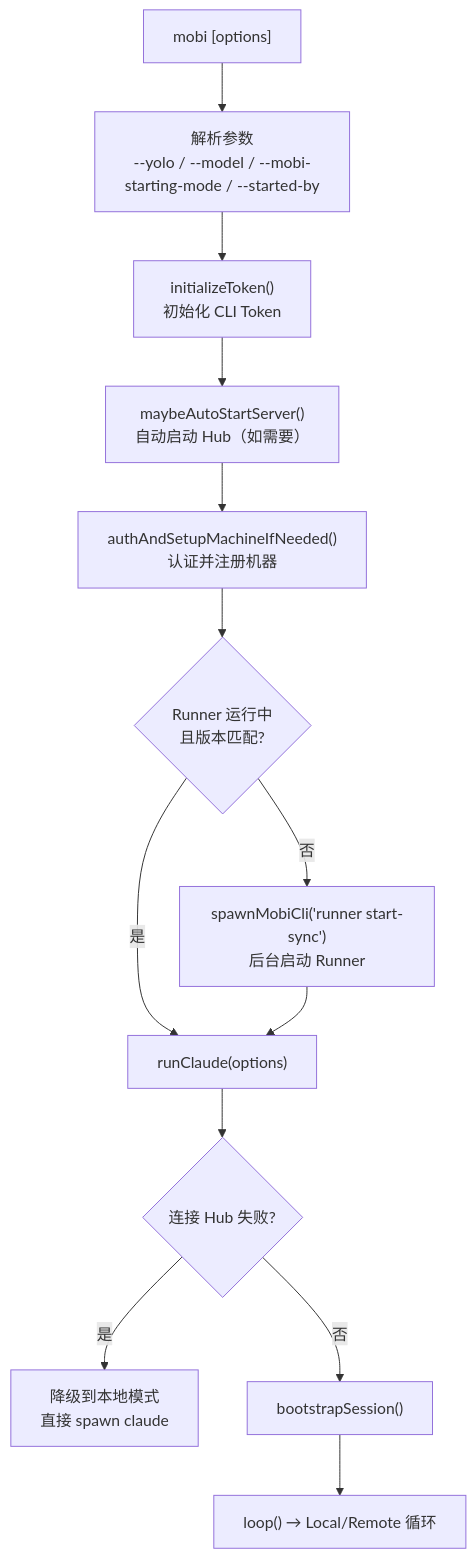
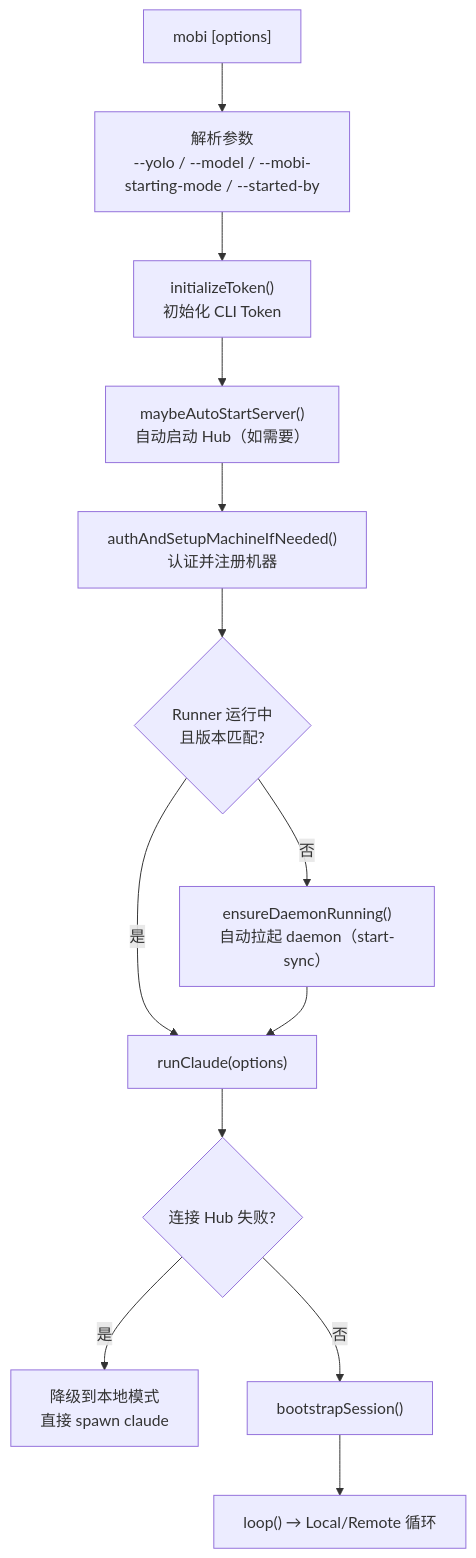
The second of 7 diagrams in docs/architecture/cli/commands/claude/README.md (ModuBit/mobi), drawn with Mermaid before and after one commit. The commit also changed other lines of this file and 59 other files, not shown here.

````diff
--- a/docs/architecture/cli/commands/claude/README.md
+++ b/docs/architecture/cli/commands/claude/README.md
@@ -120,15 +120,15 @@
 ```mermaid
 flowchart TB
     Start["mobi [options]"] --> Parse["解析参数<br/>--yolo / --model / --mobi-starting-mode / --started-by"]
     Parse --> Token["initializeToken()<br/>初始化 CLI Token"]
     Token --> AutoHub["maybeAutoStartServer()<br/>自动启动 Hub（如需要）"]
     AutoHub --> Auth["authAndSetupMachineIfNeeded()<br/>认证并注册机器"]
     Auth --> Runner{"Runner 运行中\n且版本匹配?"}
-    Runner -->|否| StartRunner["spawnMobiCli('runner start-sync')<br/>后台启动 Runner"]
+    Runner -->|否| StartDaemon["ensureDaemonRunning()<br/>自动拉起 daemon（start-sync）"]
     Runner -->|是| RunClaude["runClaude(options)"]
-    StartRunner --> RunClaude
+    StartDaemon --> RunClaude
     RunClaude --> ConnError{"连接 Hub 失败?"}
     ConnError -->|是| LocalMode["降级到本地模式<br/>直接 spawn claude"]
     ConnError -->|否| Bootstrap["bootstrapSession()"]
     Bootstrap --> Loop["loop() → Local/Remote 循环"]
 ```
````
